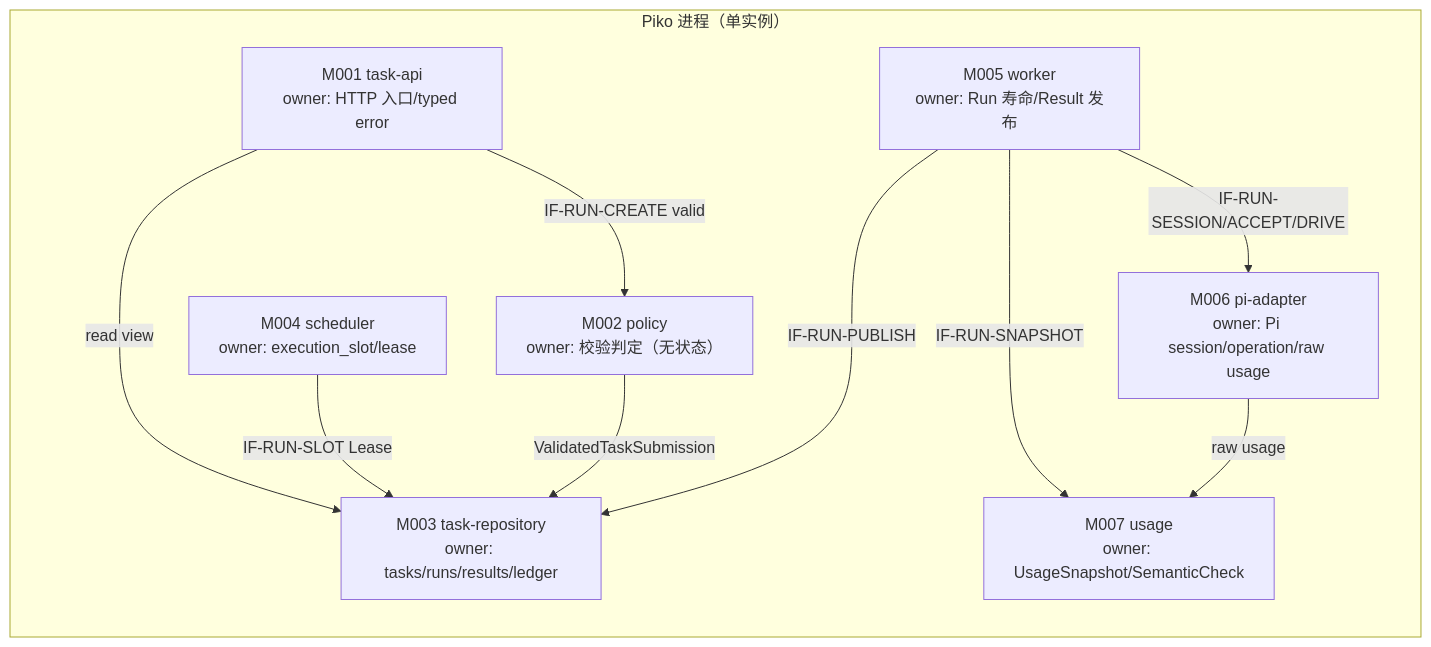
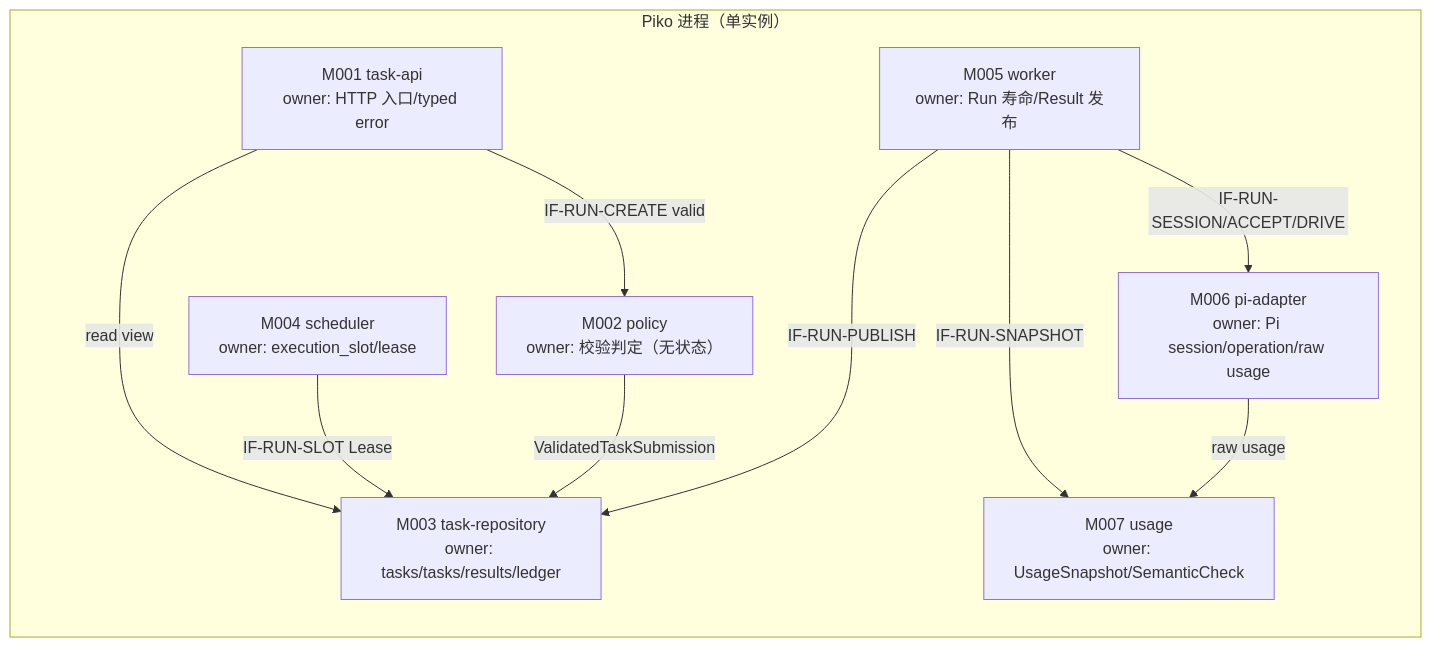
One commit to corezilla/piko changed the second of 9 diagrams in docs/20_system_design/mechanisms/piko-run.md. Above: the diagram before and after it, drawn with Mermaid. The commit also changed other lines of this file and 20 other files, not shown here.

````diff
--- a/docs/20_system_design/mechanisms/piko-run.md
+++ b/docs/20_system_design/mechanisms/piko-run.md
@@ -82,20 +84,20 @@
 ```mermaid
 flowchart LR
   subgraph PIKO["Piko 进程（单实例）"]
     M001["M001 task-api<br/>owner: HTTP 入口/typed error"]
     M002["M002 policy<br/>owner: 校验判定（无状态）"]
-    M003["M003 task-repository<br/>owner: tasks/runs/results/ledger"]
+    M003["M003 task-repository<br/>owner: tasks/tasks/results/ledger"]
     M004["M004 scheduler<br/>owner: execution_slot/lease"]
     M005["M005 worker<br/>owner: Run 寿命/Result 发布"]
     M006["M006 pi-adapter<br/>owner: Pi session/operation/raw usage"]
     M007["M007 usage<br/>owner: UsageSnapshot/SemanticCheck"]
   end
   M001 -->|"IF-RUN-CREATE valid"| M002
   M002 -->|"ValidatedTaskSubmission"| M003
   M004 -->|"IF-RUN-SLOT Lease"| M003
   M005 -->|"IF-RUN-SESSION/ACCEPT/DRIVE"| M006
   M005 -->|"IF-RUN-SNAPSHOT"| M007
   M005 -->|"IF-RUN-PUBLISH"| M003
   M006 -->|"raw usage"| M007
   M001 -->|"read view"| M003
 ```
````
